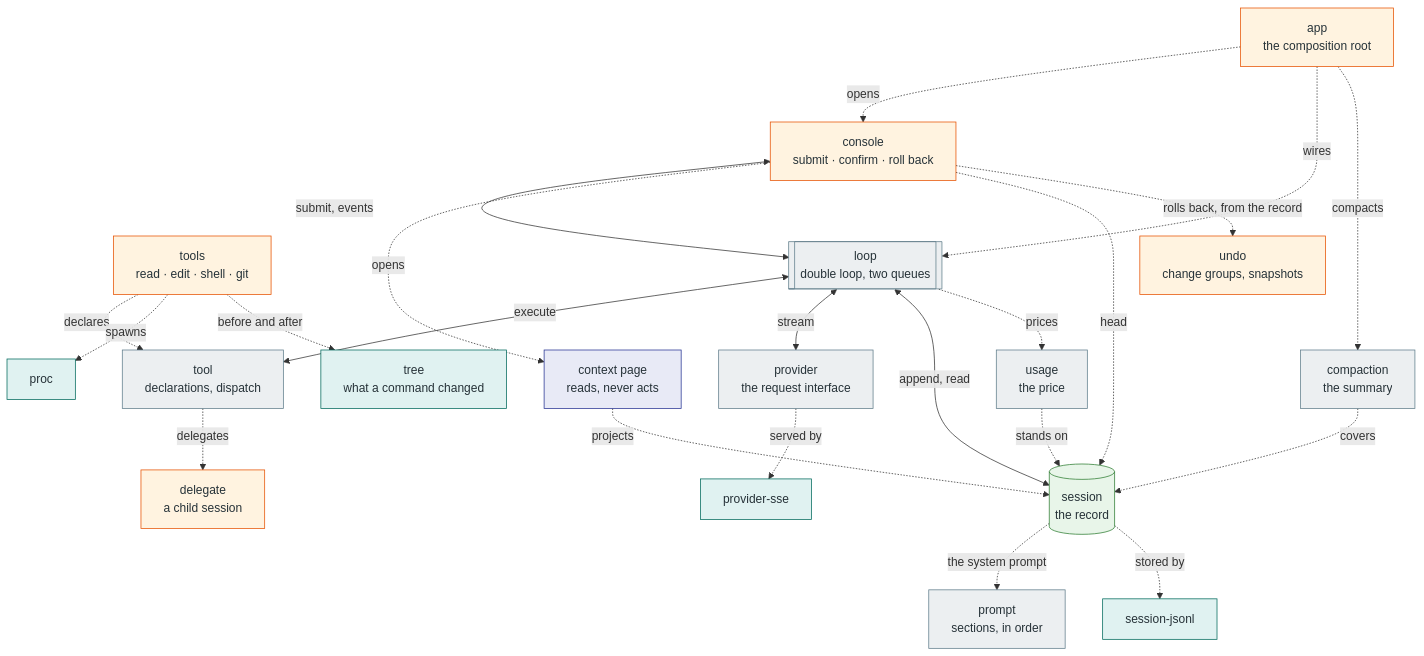
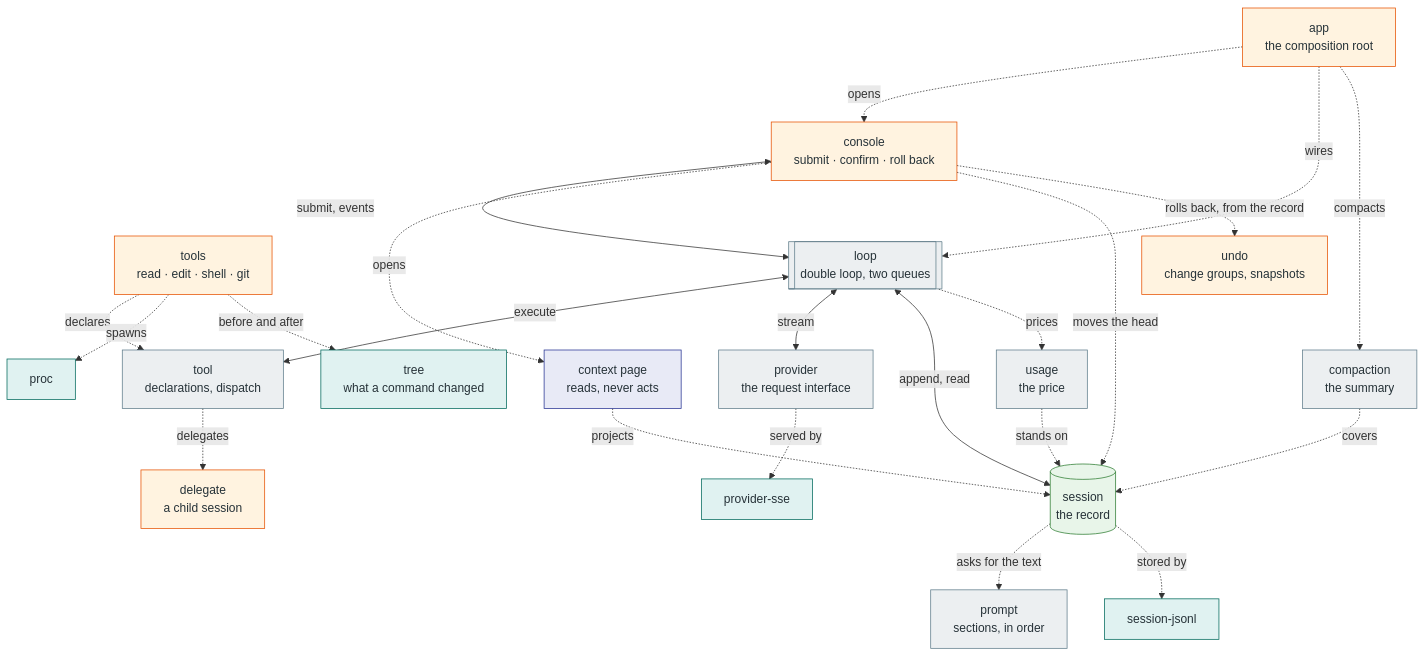
Before and after one commit to OverbearingPearl/pearl: the second of 2 diagrams in README.md, drawn with Mermaid. The commit also changed other lines of this file, not shown here.

Commit message:
Count the eighth built-in tool, and say what two edges do
Pi ships eight built-in tools: the ToolName union in
coding-agent/src/core/tools/index.ts names read, bash, powershell, edit,
write, grep, find and ls, and createAllTools constructs every one. The
picture listed seven, so a reader would think the Windows shell is an
extension.

Two edges on PEARL's side described their relation with a noun where the
arrow ran the other way. "head" named the thing moved rather than the
moving; "the system prompt" named the artifact the session asks the
prompt module for, which read as the session handing it over. Both are
verbs now.

Rendered: Pi 1182 by 984, PEARL 1440 by 1142, no crossings either.

````diff
--- a/README.md
+++ b/README.md
@@ -228,51 +228,51 @@
 ```mermaid
 flowchart TB
   console["console<br/>submit · confirm · roll back"]
   context["context page<br/>reads, never acts"]
   app["app<br/>the composition root"]
   tools["tools<br/>read · edit · shell · git"]
   loop[["loop<br/>double loop, two queues"]]
   tool["tool<br/>declarations, dispatch"]
   provider["provider<br/>the request interface"]
   session[("session<br/>the record")]
   prompt["prompt<br/>sections, in order"]
   compaction["compaction<br/>the summary"]
   usage["usage<br/>the price"]
   sse["provider-sse"]
   jsonl["session-jsonl"]
   proc["proc"]
   delegate["delegate<br/>a child session"]
   undo["undo<br/>change groups, snapshots"]
   tree["tree<br/>what a command changed"]
   app -.->|opens| console
   app -.->|wires| loop
   app -.->|compacts| compaction
   console <-->|submit, events| loop
   console -.->|opens| context
-  console -.->|head| session
+  console -.->|moves the head| session
   console -.->|rolls back, from the record| undo
   context -.->|projects| session
   loop <-->|execute| tool
   tools -.->|declares| tool
   loop <-->|stream| provider
   loop <-->|append, read| session
   loop -.->|prices| usage
   usage -.->|stands on| session
   compaction -.->|covers| session
-  session -.->|the system prompt| prompt
+  session -.->|asks for the text| prompt
   provider -.->|served by| sse
   session -.->|stored by| jsonl
   tools -.->|spawns| proc
   tools -.->|before and after| tree
   tool -.->|delegates| delegate
   classDef product fill:#fff3e0,stroke:#e65100,color:#263238
   classDef page fill:#e8eaf6,stroke:#283593,color:#263238
   classDef core fill:#eceff1,stroke:#607d8b,color:#263238
   classDef record fill:#e8f5e9,stroke:#2e7d32,color:#263238
   classDef adapter fill:#e0f2f1,stroke:#00695c,color:#263238
   class console,tools,app,delegate,undo product
   class context page
   class loop,tool,provider,prompt,compaction,usage core
   class session record
   class sse,jsonl,proc,tree adapter
 ```
````
